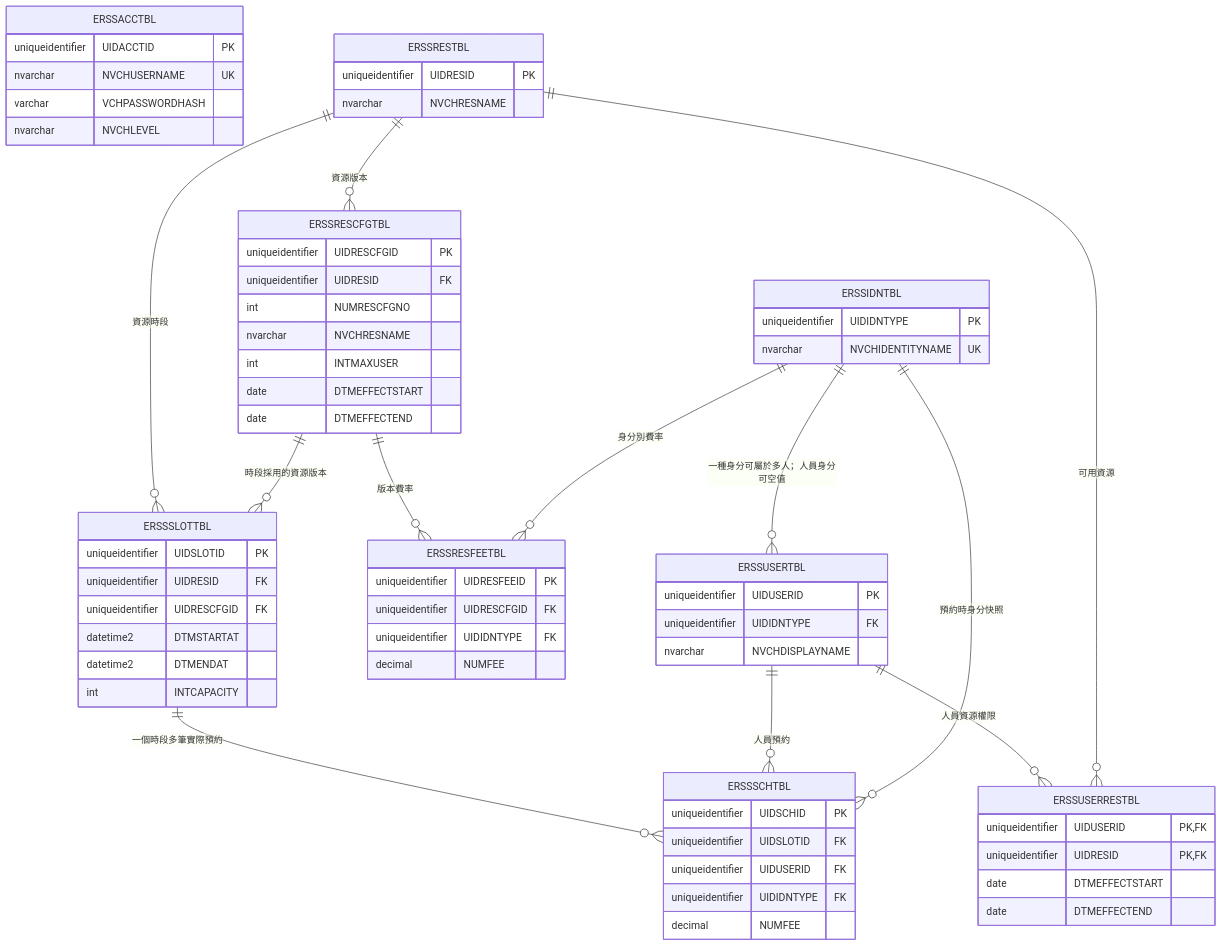
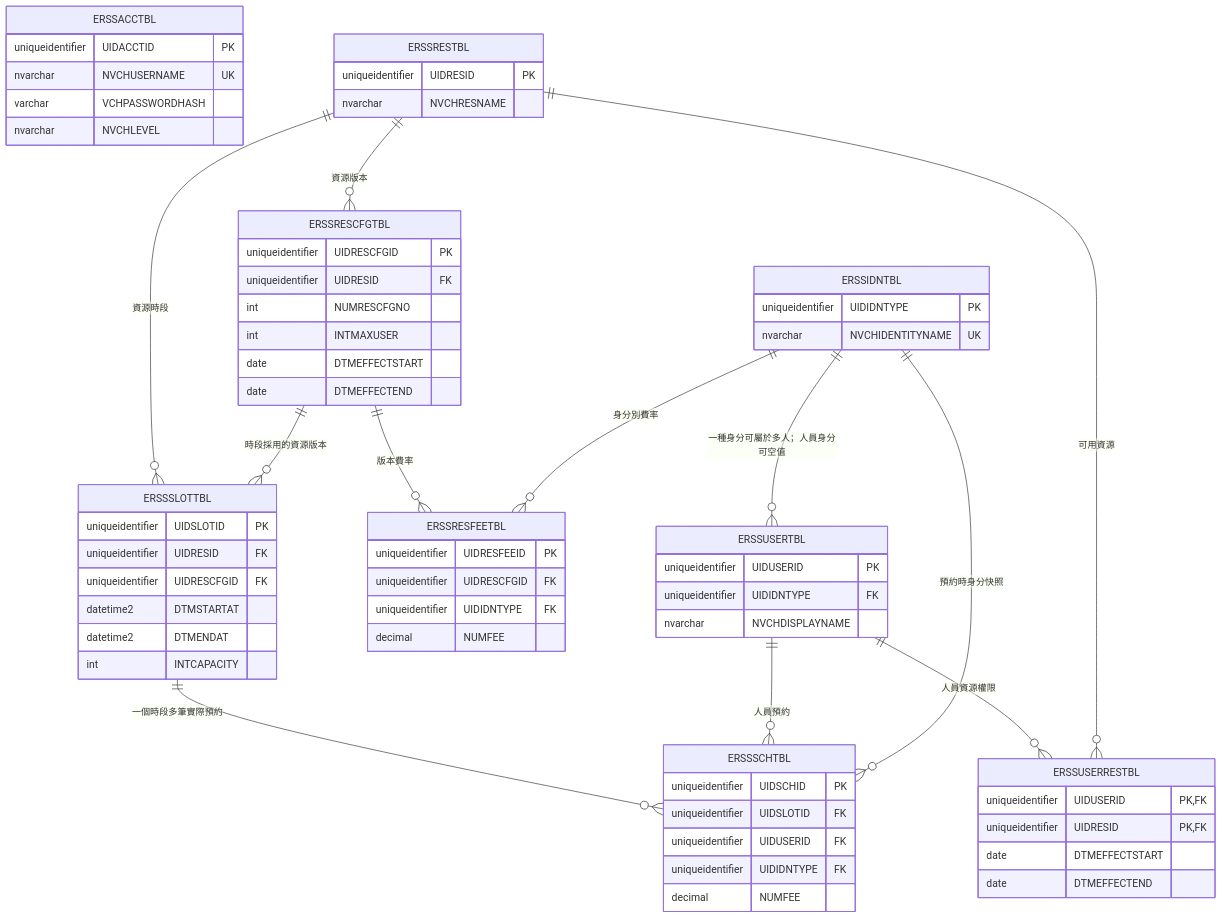
Before and after one commit to Ren-Hong/EnterpriseResourceSchedulingSystem: the diagram in EnterpriseResourceSchedulingSystem.Infrastructure/Persistence/ERSS-Table-Relationships.md, drawn with Mermaid. The commit also changed 16 other files, not shown here.

````diff
--- a/EnterpriseResourceSchedulingSystem.Infrastructure/Persistence/ERSS-Table-Relationships.md
+++ b/EnterpriseResourceSchedulingSystem.Infrastructure/Persistence/ERSS-Table-Relationships.md
@@ -5,70 +5,69 @@
 ```mermaid
 erDiagram
     ERSSACCTBL {
         uniqueidentifier UIDACCTID PK
         nvarchar NVCHUSERNAME UK
         varchar VCHPASSWORDHASH
         nvarchar NVCHLEVEL
     }
     ERSSUSERTBL {
         uniqueidentifier UIDUSERID PK
         uniqueidentifier UIDIDNTYPE FK
         nvarchar NVCHDISPLAYNAME
     }
     ERSSIDNTBL {
         uniqueidentifier UIDIDNTYPE PK
         nvarchar NVCHIDENTITYNAME UK
     }
     ERSSRESTBL {
         uniqueidentifier UIDRESID PK
         nvarchar NVCHRESNAME
     }
     ERSSRESCFGTBL {
         uniqueidentifier UIDRESCFGID PK
         uniqueidentifier UIDRESID FK
         int NUMRESCFGNO
-        nvarchar NVCHRESNAME
         int INTMAXUSER
         date DTMEFFECTSTART
         date DTMEFFECTEND
     }
     ERSSRESFEETBL {
         uniqueidentifier UIDRESFEEID PK
         uniqueidentifier UIDRESCFGID FK
         uniqueidentifier UIDIDNTYPE FK
         decimal NUMFEE
     }
     ERSSUSERRESTBL {
         uniqueidentifier UIDUSERID PK, FK
         uniqueidentifier UIDRESID PK, FK
         date DTMEFFECTSTART
         date DTMEFFECTEND
     }
     ERSSSLOTTBL {
         uniqueidentifier UIDSLOTID PK
         uniqueidentifier UIDRESID FK
         uniqueidentifier UIDRESCFGID FK
         datetime2 DTMSTARTAT
         datetime2 DTMENDAT
         int INTCAPACITY
     }
     ERSSSCHTBL {
         uniqueidentifier UIDSCHID PK
         uniqueidentifier UIDSLOTID FK
         uniqueidentifier UIDUSERID FK
         uniqueidentifier UIDIDNTYPE FK
         decimal NUMFEE
     }
 
     ERSSIDNTBL ||--o{ ERSSUSERTBL : "一種身分可屬於多人；人員身分可空值"
     ERSSRESTBL ||--o{ ERSSRESCFGTBL : "資源版本"
     ERSSRESCFGTBL ||--o{ ERSSRESFEETBL : "版本費率"
     ERSSIDNTBL ||--o{ ERSSRESFEETBL : "身分別費率"
     ERSSUSERTBL ||--o{ ERSSUSERRESTBL : "人員資源權限"
     ERSSRESTBL ||--o{ ERSSUSERRESTBL : "可用資源"
     ERSSRESTBL ||--o{ ERSSSLOTTBL : "資源時段"
     ERSSRESCFGTBL ||--o{ ERSSSLOTTBL : "時段採用的資源版本"
     ERSSSLOTTBL ||--o{ ERSSSCHTBL : "一個時段多筆實際預約"
     ERSSUSERTBL ||--o{ ERSSSCHTBL : "人員預約"
     ERSSIDNTBL ||--o{ ERSSSCHTBL : "預約時身分快照"
 ```
````
